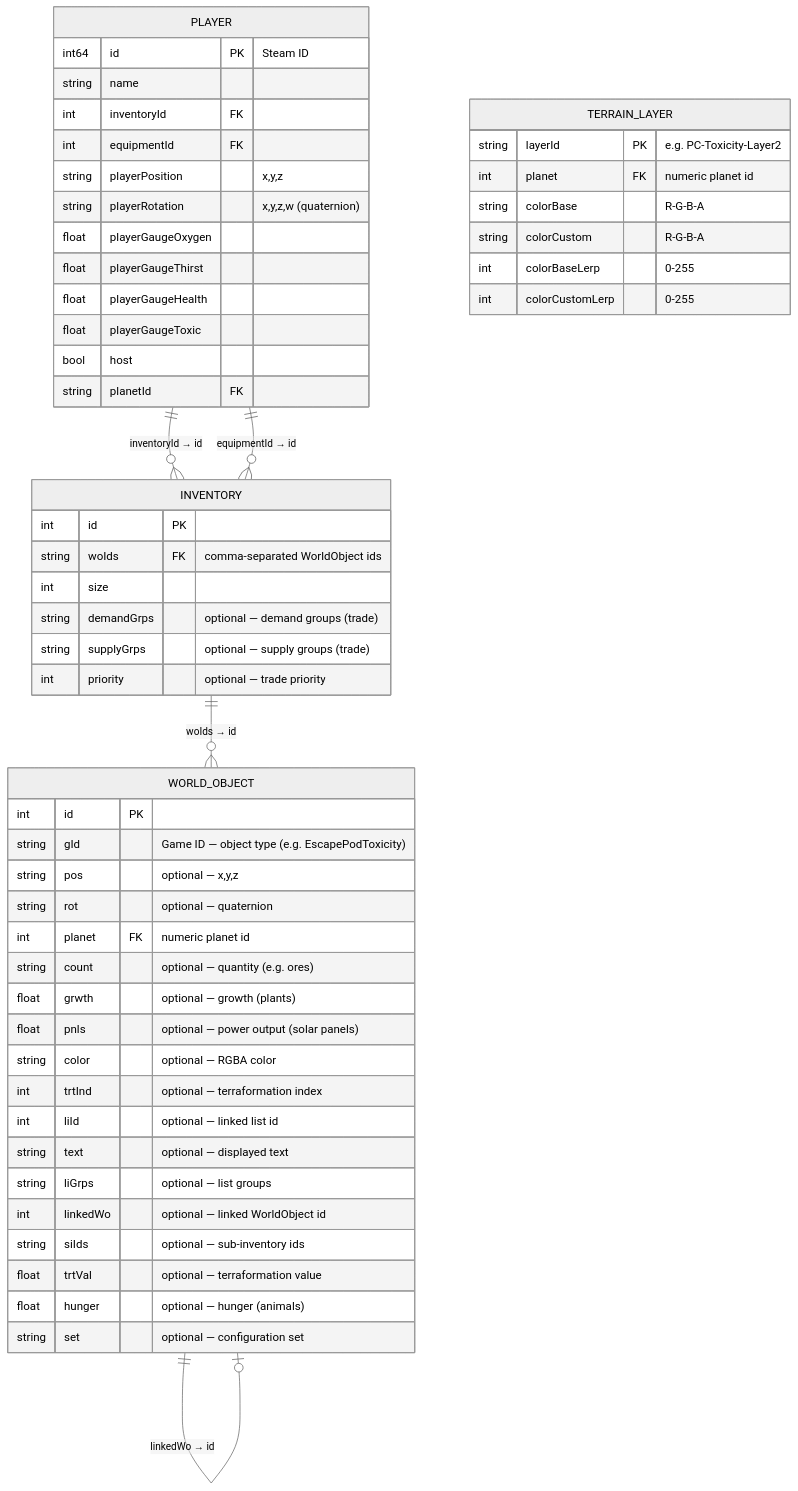
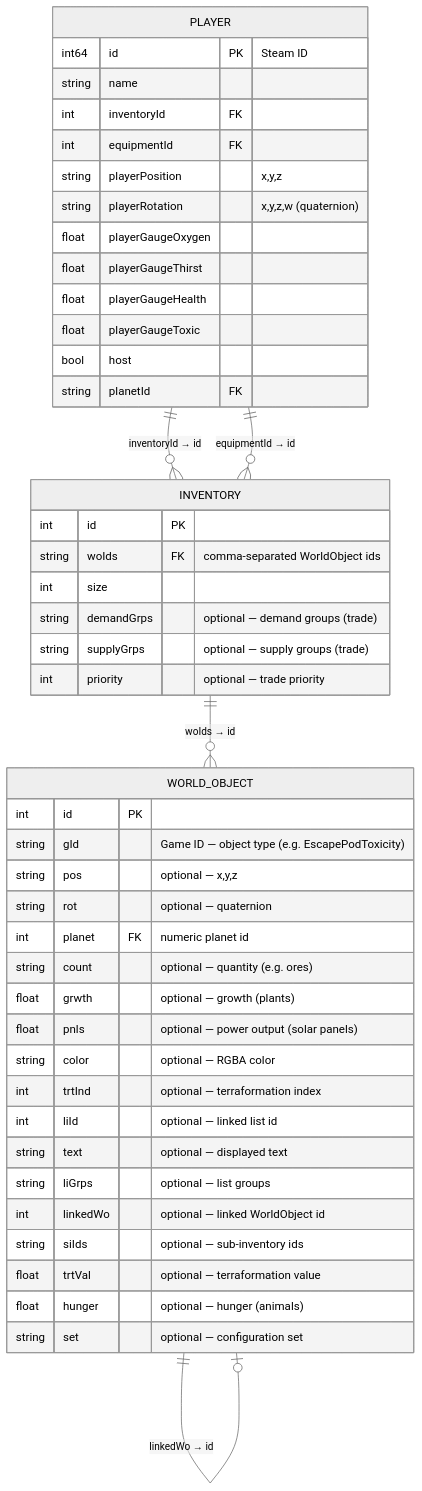
The diagram in docs/save-format.md (delairec/planet-crafter-merge-saves), drawn with Mermaid (neutral theme) before and after one commit. The commit also changed other lines of this file and 24 other files, not shown here.

Commit message:
refactor: update save file schema to remove Terrain Layers section and adjust indices

````diff
--- a/docs/save-format.md
+++ b/docs/save-format.md
@@ -31,61 +37,52 @@
 ```mermaid
 erDiagram
     PLAYER {
         int64   id             PK "Steam ID"
         string  name
         int     inventoryId    FK
         int     equipmentId    FK
         string  playerPosition "x,y,z"
         string  playerRotation "x,y,z,w (quaternion)"
         float   playerGaugeOxygen
         float   playerGaugeThirst
         float   playerGaugeHealth
         float   playerGaugeToxic
         bool    host
         string  planetId       FK
     }
 
     INVENTORY {
         int     id             PK
         string  woIds          FK "comma-separated WorldObject ids"
         int     size
         string  demandGrps     "optional — demand groups (trade)"
         string  supplyGrps     "optional — supply groups (trade)"
         int     priority       "optional — trade priority"
     }
 
     WORLD_OBJECT {
         int     id             PK
         string  gId            "Game ID — object type (e.g. EscapePodToxicity)"
         string  pos            "optional — x,y,z"
         string  rot            "optional — quaternion"
         int     planet         FK "numeric planet id"
         string  count          "optional — quantity (e.g. ores)"
         float   grwth          "optional — growth (plants)"
         float   pnls           "optional — power output (solar panels)"
         string  color          "optional — RGBA color"
         int     trtInd         "optional — terraformation index"
         int     liId           "optional — linked list id"
         string  text           "optional — displayed text"
         string  liGrps         "optional — list groups"
         int     linkedWo       "optional — linked WorldObject id"
         string  siIds          "optional — sub-inventory ids"
         float   trtVal         "optional — terraformation value"
         float   hunger         "optional — hunger (animals)"
         string  set            "optional — configuration set"
     }
 
-    TERRAIN_LAYER {
-        string  layerId        PK "e.g. PC-Toxicity-Layer2"
-        int     planet         FK "numeric planet id"
-        string  colorBase      "R-G-B-A"
-        string  colorCustom    "R-G-B-A"
-        int     colorBaseLerp  "0-255"
-        int     colorCustomLerp "0-255"
-    }
-
     PLAYER ||--o{ INVENTORY : "inventoryId → id"
     PLAYER ||--o{ INVENTORY : "equipmentId → id"
     INVENTORY ||--o{ WORLD_OBJECT : "woIds → id"
     WORLD_OBJECT ||--o| WORLD_OBJECT : "linkedWo → id"
 ```
````
